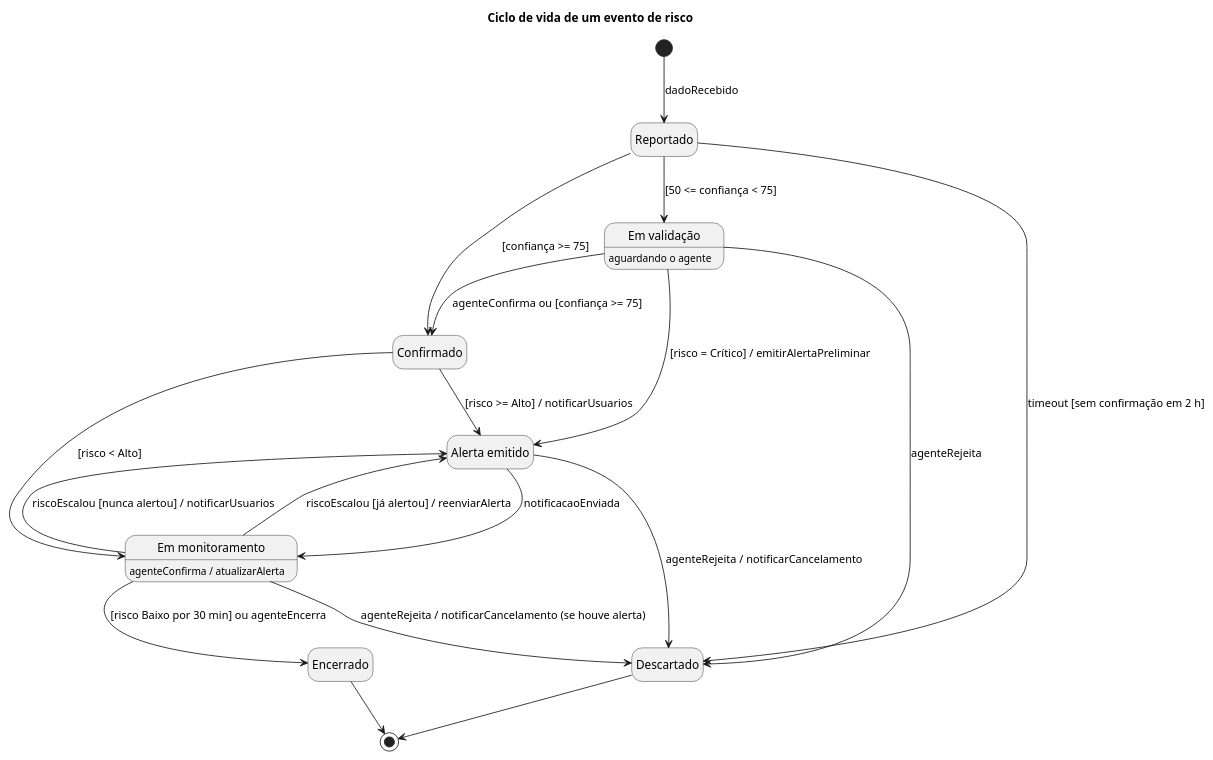
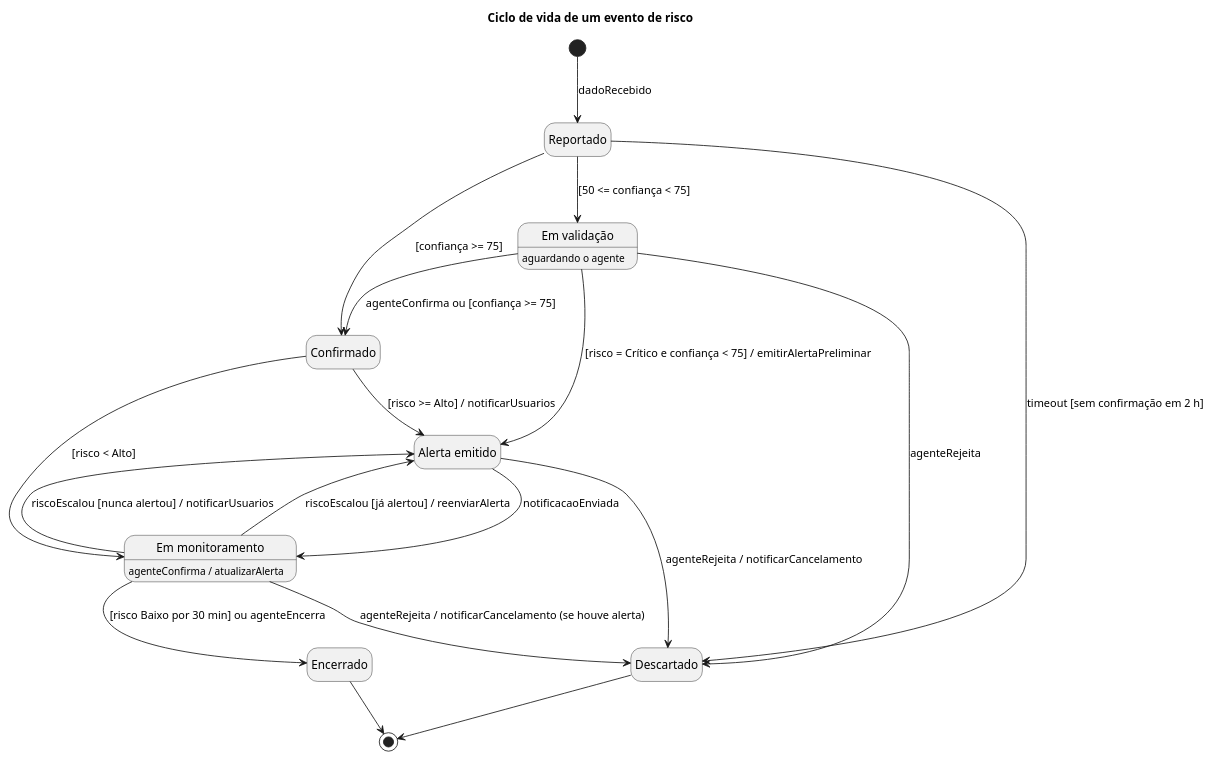
Before and after one commit to IsaacEmerick/urban-risk-platform: the diagram in docs/diagramas/estados.puml, drawn with PlantUML. The commit also changed 10 other files, not shown here.

```diff
--- a/docs/diagramas/estados.puml
+++ b/docs/diagramas/estados.puml
@@ -1,34 +1,34 @@
 @startuml estados
 title Ciclo de vida de um evento de risco
 hide empty description
 state Reportado
 state "Em validação" as EmValidacao
 state Confirmado
 state "Alerta emitido" as AlertaEmitido
 state "Em monitoramento" as EmMonitoramento
 state Encerrado
 state Descartado
 
 ' Em validação = aguardando a decisão do agente (RN02)
 EmValidacao : aguardando o agente
 ' Transição interna: confirma o alerta preliminar e remove a marca "não confirmado"
 EmMonitoramento : agenteConfirma / atualizarAlerta
 
 [*] --> Reportado : dadoRecebido
 Reportado --> Confirmado : [confiança >= 75]
 Reportado --> EmValidacao : [50 <= confiança < 75]
 Reportado --> Descartado : timeout [sem confirmação em 2 h]
 EmValidacao --> Confirmado : agenteConfirma ou [confiança >= 75]
-EmValidacao --> AlertaEmitido : [risco = Crítico] / emitirAlertaPreliminar
+EmValidacao --> AlertaEmitido : [risco = Crítico e confiança < 75] / emitirAlertaPreliminar
 EmValidacao --> Descartado : agenteRejeita
 Confirmado --> AlertaEmitido : [risco >= Alto] / notificarUsuarios
 Confirmado --> EmMonitoramento : [risco < Alto]
 AlertaEmitido --> EmMonitoramento : notificacaoEnviada
 AlertaEmitido --> Descartado : agenteRejeita / notificarCancelamento
 EmMonitoramento --> AlertaEmitido : riscoEscalou [nunca alertou] / notificarUsuarios
 EmMonitoramento --> AlertaEmitido : riscoEscalou [já alertou] / reenviarAlerta
 EmMonitoramento --> Descartado : agenteRejeita / notificarCancelamento (se houve alerta)
 EmMonitoramento --> Encerrado : [risco Baixo por 30 min] ou agenteEncerra
 Encerrado --> [*]
 Descartado --> [*]
 @enduml
```
